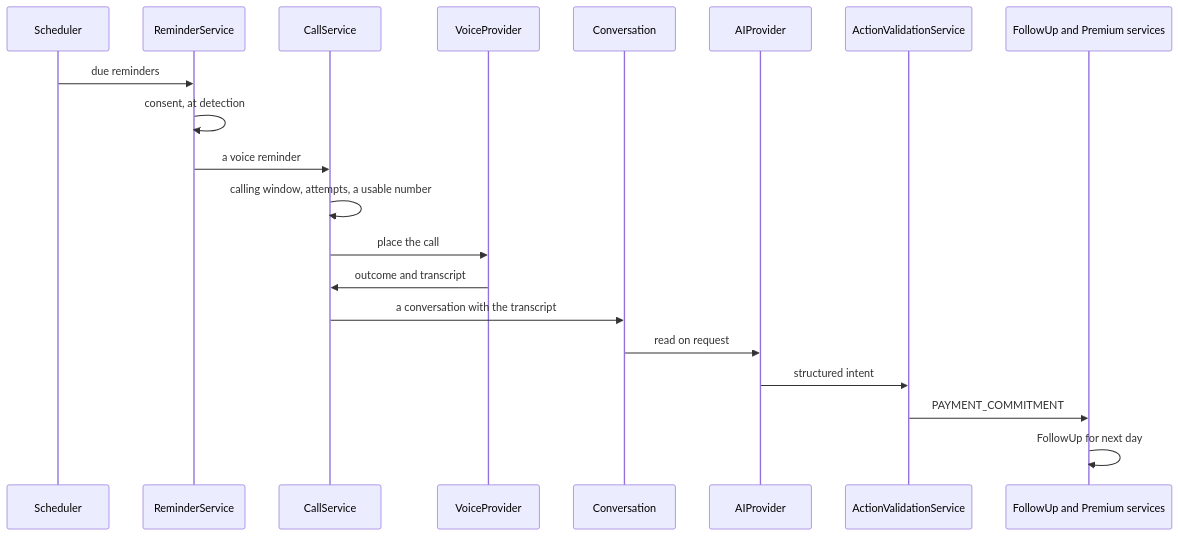
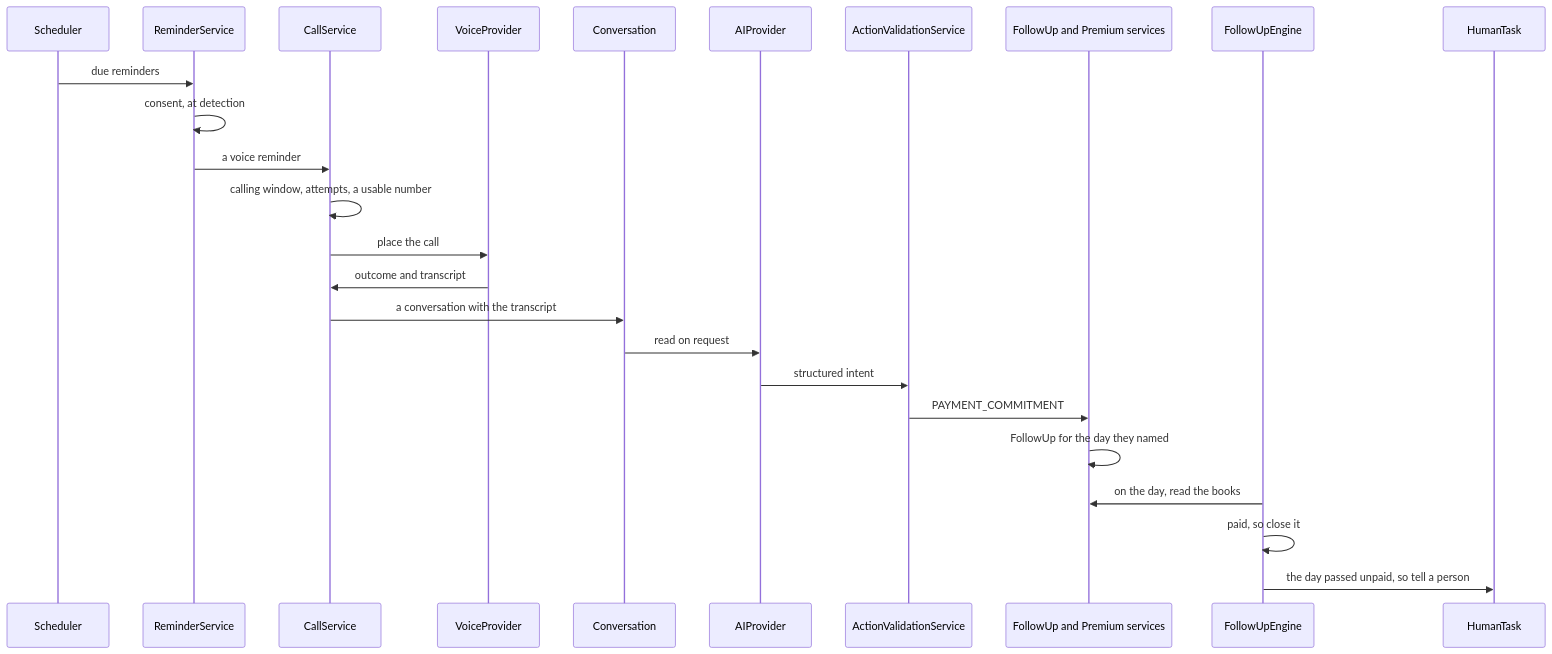
The second of 2 diagrams in ARCHITECTURE.md (alokit169/policy-pulse), drawn with Mermaid before and after one commit. The commit also changed other lines of this file and 20 other files, not shown here.

````diff
--- a/ARCHITECTURE.md
+++ b/ARCHITECTURE.md
@@ -48,22 +48,27 @@
 ```mermaid
 sequenceDiagram
   participant Sch as Scheduler
   participant Rem as ReminderService
   participant Call as CallService
   participant Voice as VoiceProvider
   participant Conv as Conversation
   participant AI as AIProvider
   participant Val as ActionValidationService
   participant Biz as FollowUp and Premium services
+  participant Eng as FollowUpEngine
+  participant Task as HumanTask
   Sch->>Rem: due reminders
   Rem->>Rem: consent, at detection
   Rem->>Call: a voice reminder
   Call->>Call: calling window, attempts, a usable number
   Call->>Voice: place the call
   Voice->>Call: outcome and transcript
   Call->>Conv: a conversation with the transcript
   Conv->>AI: read on request
   AI->>Val: structured intent
   Val->>Biz: PAYMENT_COMMITMENT
-  Biz->>Biz: FollowUp for next day
+  Biz->>Biz: FollowUp for the day they named
+  Eng->>Biz: on the day, read the books
+  Eng->>Eng: paid, so close it
+  Eng->>Task: the day passed unpaid, so tell a person
 ```
````
